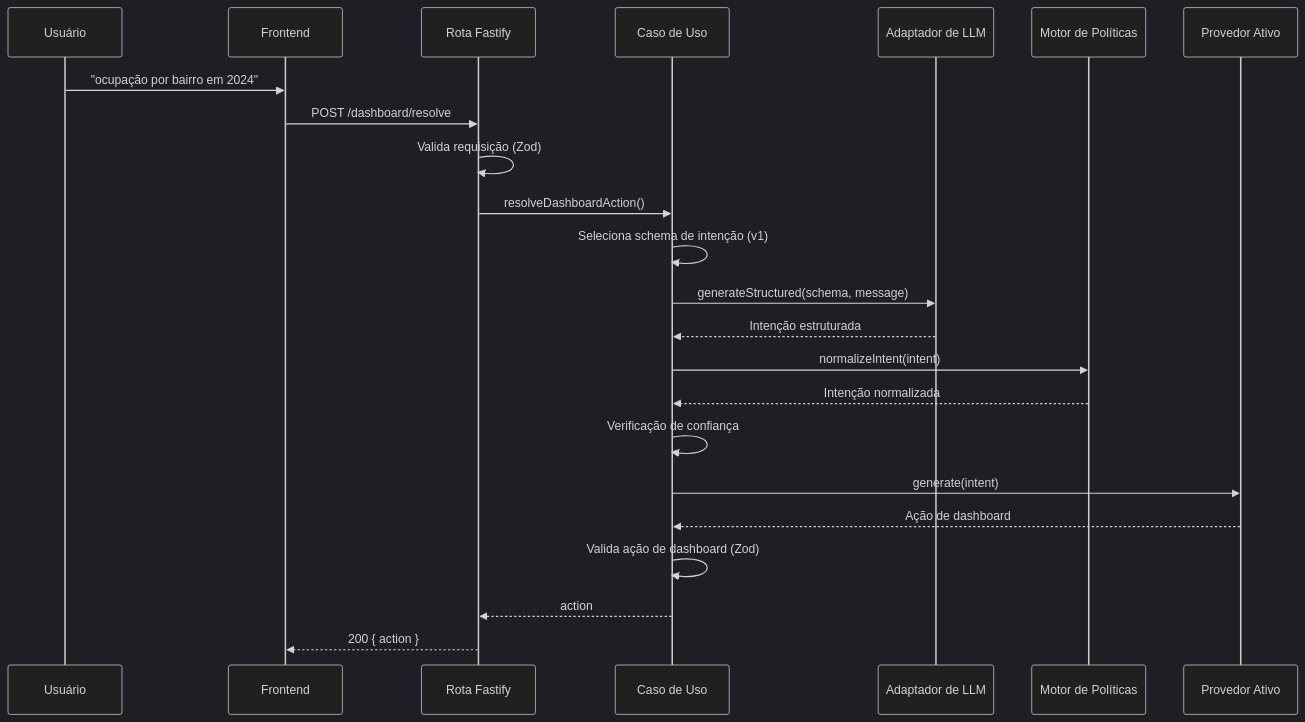
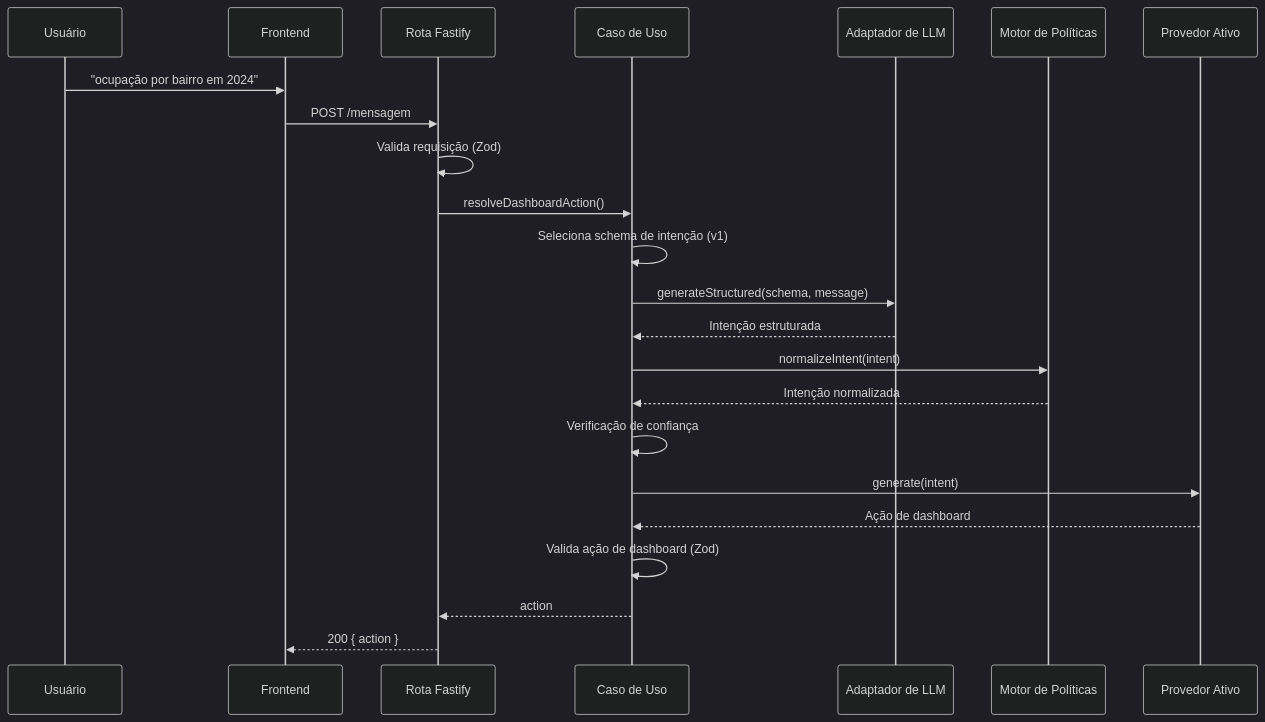
One commit to fernandesyuri33/chat-observatorio-turismo changed the second of 8 diagrams in docs/arquitetura.md. Above: the diagram before and after it, drawn with Mermaid (dark theme). The commit also changed other lines of this file and 7 other files, not shown here.

````diff
--- a/docs/arquitetura.md
+++ b/docs/arquitetura.md
@@ -32,34 +32,34 @@
 ```mermaid
 sequenceDiagram
   participant U as Usuário
     participant FE as Frontend
   participant API as Rota Fastify
   participant UC as Caso de Uso
   participant LLM as Adaptador de LLM
   participant POL as Motor de Políticas
   participant PROV as Provedor Ativo
 
     U->>FE: "ocupação por bairro em 2024"
-    FE->>API: POST /dashboard/resolve
+    FE->>API: POST /mensagem
 
     API->>API: Valida requisição (Zod)
     API->>UC: resolveDashboardAction()
 
     UC->>UC: Seleciona schema de intenção (v1)
     UC->>LLM: generateStructured(schema, message)
 
     LLM-->>UC: Intenção estruturada
 
     UC->>POL: normalizeIntent(intent)
     POL-->>UC: Intenção normalizada
 
     UC->>UC: Verificação de confiança
 
     UC->>PROV: generate(intent)
     PROV-->>UC: Ação de dashboard
 
     UC->>UC: Valida ação de dashboard (Zod)
     UC-->>API: action
 
     API-->>FE: 200 { action }
 ```
````
